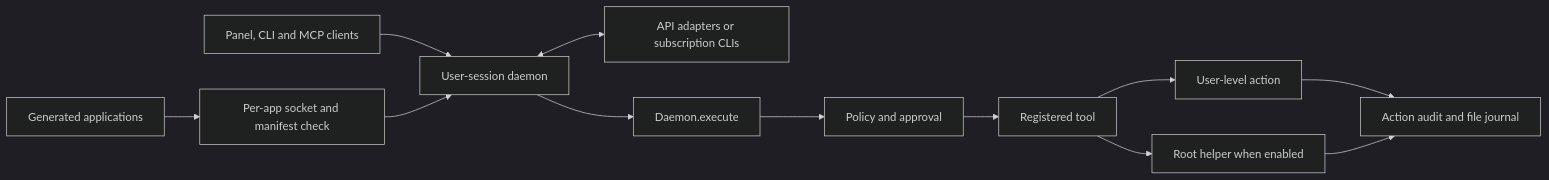
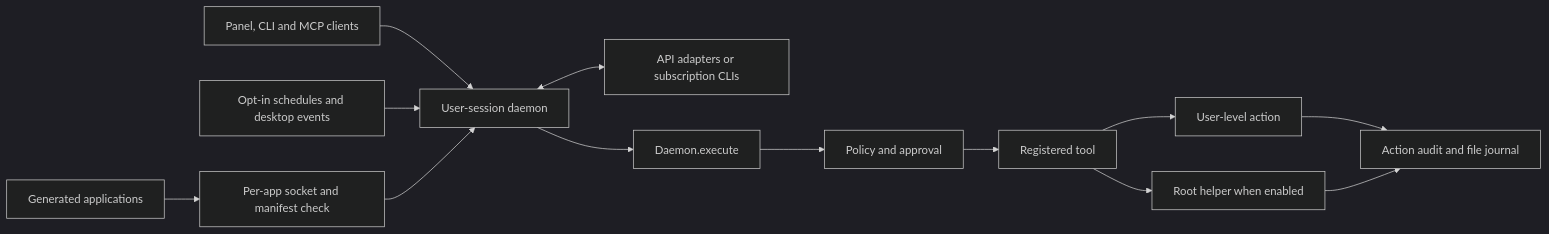
One commit to Jitheswar/Amadeus changed the diagram in docs/ARCHITECTURE.md. Above: the diagram before and after it, drawn with Mermaid (dark theme). The commit also changed other lines of this file and 4 other files, not shown here.

````diff
--- a/docs/ARCHITECTURE.md
+++ b/docs/ARCHITECTURE.md
@@ -9,14 +9,15 @@
 ```mermaid
 flowchart LR
     Clients[Panel, CLI and MCP clients] --> Daemon[User-session daemon]
+    Tasks[Opt-in schedules and desktop events] --> Daemon
     Apps[Generated applications] --> AppGate[Per-app socket and manifest check]
     AppGate --> Daemon
     Daemon <--> Providers[API adapters or subscription CLIs]
     Daemon --> Execute[Daemon.execute]
     Execute --> Policy[Policy and approval]
     Policy --> Tools[Registered tool]
     Tools --> User[User-level action]
     Tools --> Root[Root helper when enabled]
     User --> Audit[Action audit and file journal]
     Root --> Audit
 ```
````
